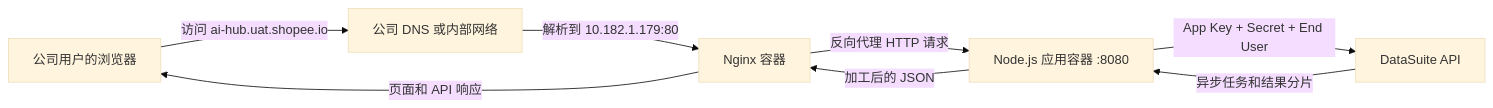
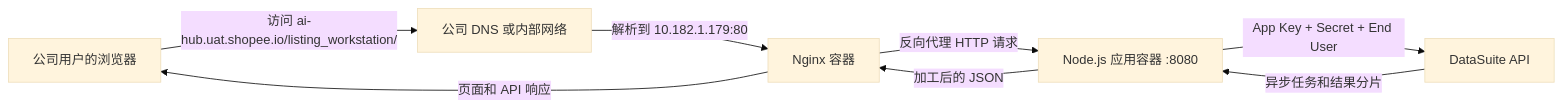
Before and after one commit to rogertu-rgb/listing-workstation: the first of 2 diagrams in VIBE_CODING_TO_SERVER_PLAYBOOK_ZH.md, drawn with Mermaid (base theme). The commit also changed other lines of this file and 3 other files, not shown here.

Commit message:
Mount app under listing workstation path

````diff
--- a/VIBE_CODING_TO_SERVER_PLAYBOOK_ZH.md
+++ b/VIBE_CODING_TO_SERVER_PLAYBOOK_ZH.md
@@ -52,10 +52,10 @@
 ```mermaid
 flowchart LR
-    U["公司用户的浏览器"] -->|"访问 ai-hub.uat.shopee.io"| D["公司 DNS 或内部网络"]
+    U["公司用户的浏览器"] -->|"访问 ai-hub.uat.shopee.io/listing_workstation/"| D["公司 DNS 或内部网络"]
     D -->|"解析到 10.182.1.179:80"| N["Nginx 容器"]
     N -->|"反向代理 HTTP 请求"| A["Node.js 应用容器 :8080"]
     A -->|"App Key + Secret + End User"| DS["DataSuite API"]
     DS -->|"异步任务和结果分片"| A
     A -->|"加工后的 JSON"| N
     N -->|"页面和 API 响应"| U
 ```
````
